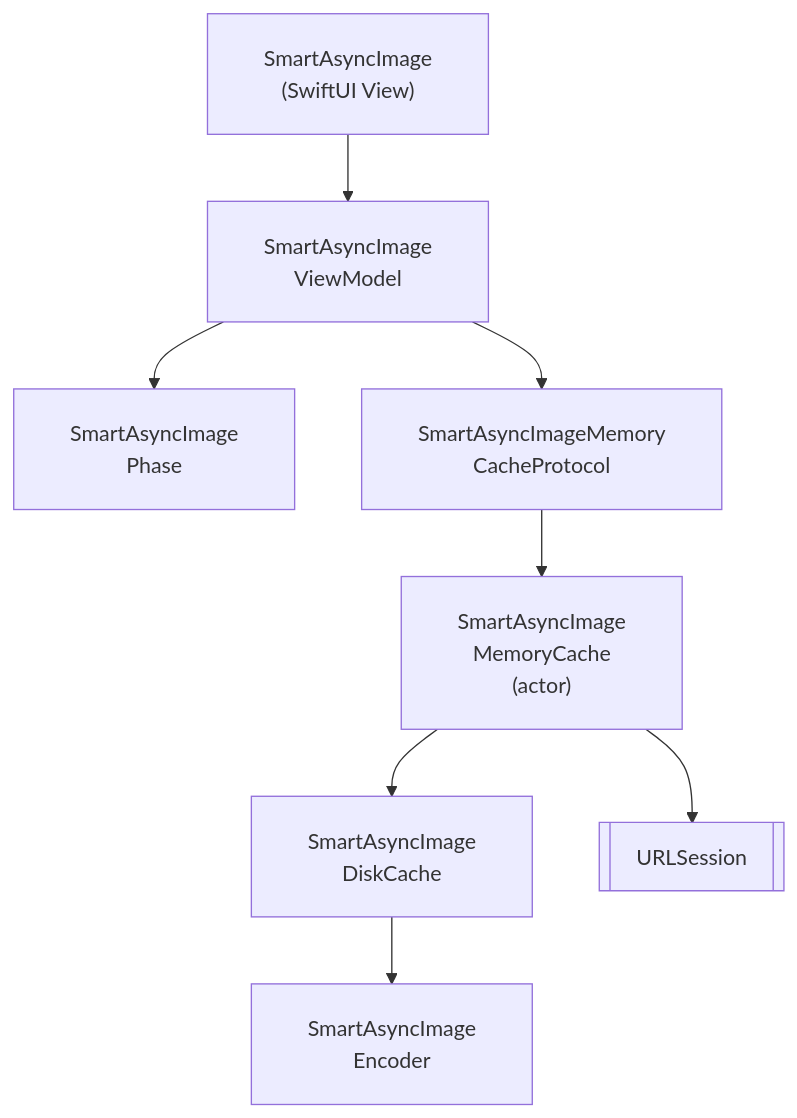
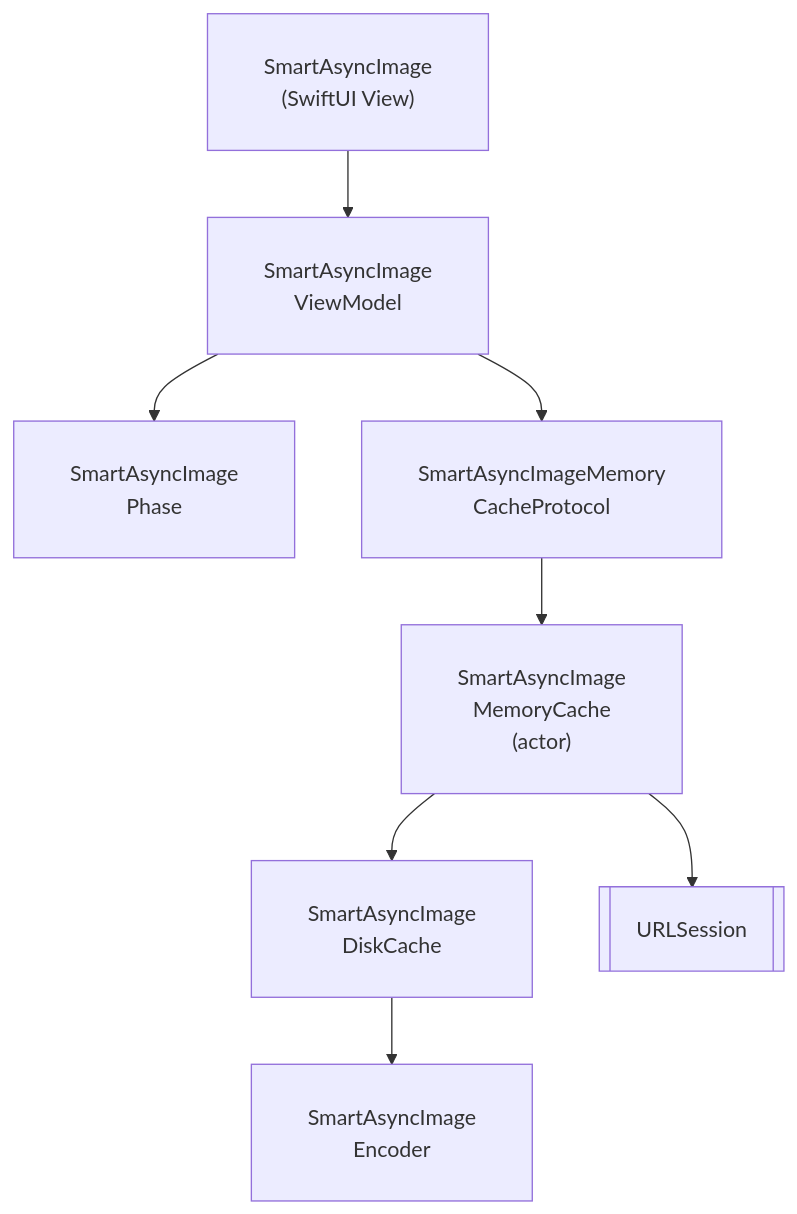
The diagram in README.md (gentle-giraffe-apps/SmartAsyncImage), drawn with Mermaid before and after one commit.

Commit message:
try again?

````diff
--- a/README.md
+++ b/README.md
@@ -86,10 +86,10 @@
 ```mermaid
 flowchart TD
-    SAI["<div style='padding:6px 12px; white-space:nowrap;'>SmartAsyncImage <br/>(SwiftUI View)</div>"] --> VM["<div style='padding:6px 12px; white-space:nowrap;'>SmartAsyncImage <br/>ViewModel</div>"]
-    VM --> Phase["<div style='padding:6px 12px; white-space:nowrap;'>SmartAsyncImage <br/>Phase</div>"]
-    VM --> MemProto["<div style='padding:6px 12px; white-space:nowrap;'>SmartAsyncImageMemory <br/>CacheProtocol</div>"]
-    MemProto --> Mem["<div style='padding:6px 12px; white-space:nowrap;'>SmartAsyncImage <br/>MemoryCache<br/>(actor)</div>"]
-    Mem --> Disk["<div style='padding:6px 12px; white-space:nowrap;'>SmartAsyncImage <br/>DiskCache</div>"]
-    Disk --> Encoder["<div style='padding:6px 12px; white-space:nowrap;'>SmartAsyncImage <br/>Encoder</div>"]
-    Mem --> URLSession[["<div style='padding:6px 12px; white-space:nowrap;'>URLSession </div>"]]
+    SAI["<div style='padding:12px 12px; white-space:nowrap;'>SmartAsyncImage<br/>(SwiftUI View)</div>"] --> VM["<div style='padding:12px 12px; white-space:nowrap;'>SmartAsyncImage<br/>ViewModel</div>"]
+    VM --> Phase["<div style='padding:12px 12px; white-space:nowrap;'>SmartAsyncImage <br/>Phase</div>"]
+    VM --> MemProto["<div style='padding:12px 12px; white-space:nowrap;'>SmartAsyncImageMemory <br/>CacheProtocol</div>"]
+    MemProto --> Mem["<div style='padding:12px 12px; white-space:nowrap;'>SmartAsyncImage <br/>MemoryCache<br/>(actor)</div>"]
+    Mem --> Disk["<div style='padding:12px 12px; white-space:nowrap;'>SmartAsyncImage <br/>DiskCache</div>"]
+    Disk --> Encoder["<div style='padding:12px 12px; white-space:nowrap;'>SmartAsyncImage <br/>Encoder</div>"]
+    Mem --> URLSession[["<div style='padding:12px 12px; white-space:nowrap;'>URLSession </div>"]]
 ```
````
